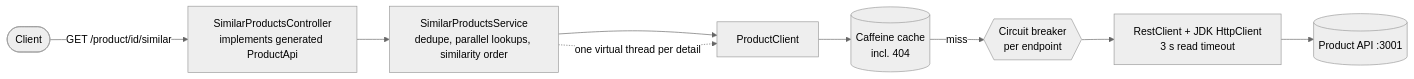
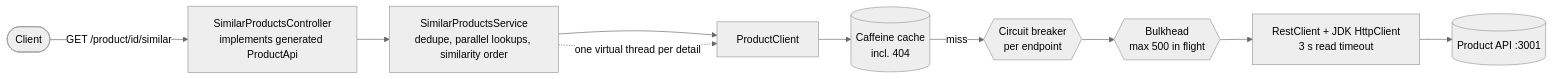
One commit to kintstoner/similar-products-api changed the diagram in README.md. Above: the diagram before and after it, drawn with Mermaid (neutral theme). The commit also changed other lines of this file and 12 other files, not shown here.

````diff
--- a/README.md
+++ b/README.md
@@ -39,11 +42,12 @@
 ```mermaid
 flowchart LR
     client([Client]) -->|GET /product/id/similar| controller[SimilarProductsController<br/>implements generated ProductApi]
     controller --> service[SimilarProductsService<br/>dedupe, parallel lookups, similarity order]
     service --> client2[ProductClient]
     service -. one virtual thread per detail .-> client2
     client2 --> cache[(Caffeine cache<br/>incl. 404)]
     cache -->|miss| cb{{Circuit breaker<br/>per endpoint}}
-    cb --> http[RestClient + JDK HttpClient<br/>3 s read timeout]
+    cb --> bh{{Bulkhead<br/>max 500 in flight}}
+    bh --> http[RestClient + JDK HttpClient<br/>3 s read timeout]
     http --> upstream[(Product API :3001)]
 ```
````
